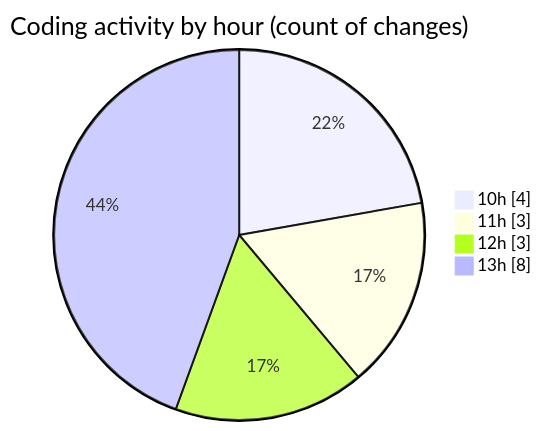
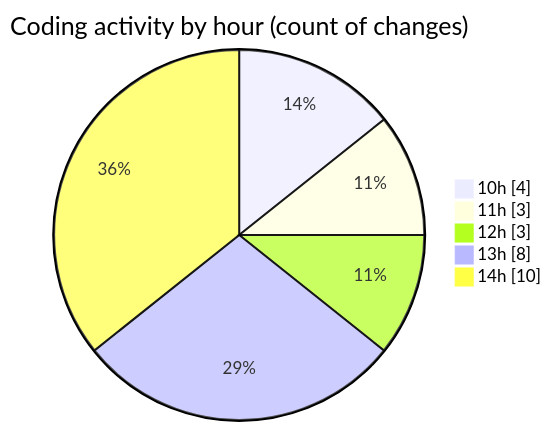
The second of 2 diagrams in 2025-11-28/cda/README.md (momahboobian/code-tracking), drawn with Mermaid before and after one commit. The commit also changed other lines of this file and 1 other file, not shown here.

````diff
--- a/2025-11-28/cda/README.md
+++ b/2025-11-28/cda/README.md
@@ -40,8 +44,9 @@
 ```mermaid
 pie showData
 title Coding activity by hour (count of changes)
 "10h" : 4
 "11h" : 3
 "12h" : 3
 "13h" : 8
+"14h" : 10
 ```
````
